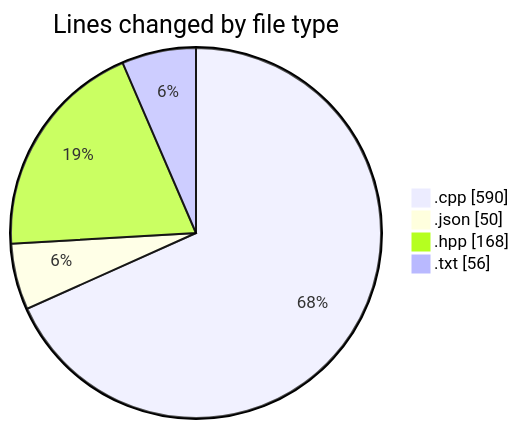
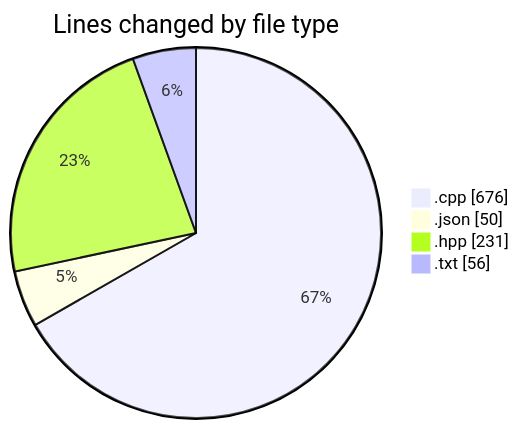
The first of 2 diagrams in 2025-04-21/echo/README.md (Netris89/code-tracking), drawn with Mermaid before and after one commit. The commit also changed other lines of this file and 1 other file, not shown here.

````diff
--- a/2025-04-21/echo/README.md
+++ b/2025-04-21/echo/README.md
@@ -25,8 +25,8 @@
 ```mermaid
 pie showData
 title Lines changed by file type
-".cpp" : 590
+".cpp" : 676
 ".json" : 50
-".hpp" : 168
+".hpp" : 231
 ".txt" : 56
 ```
````
